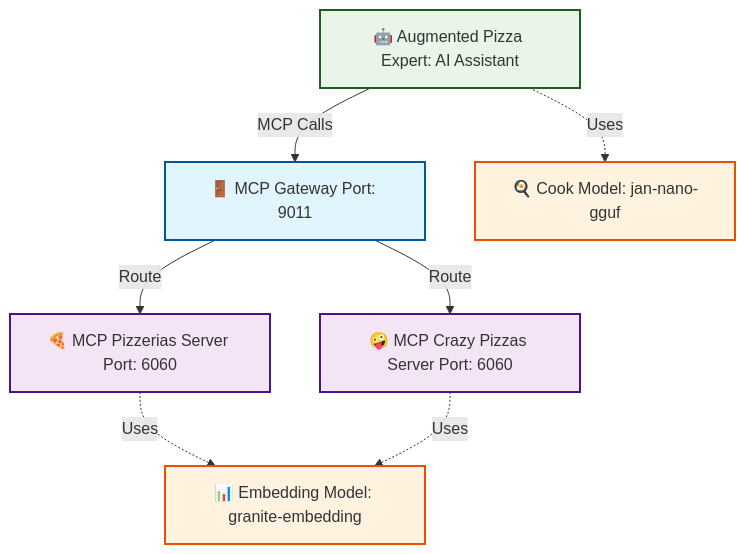
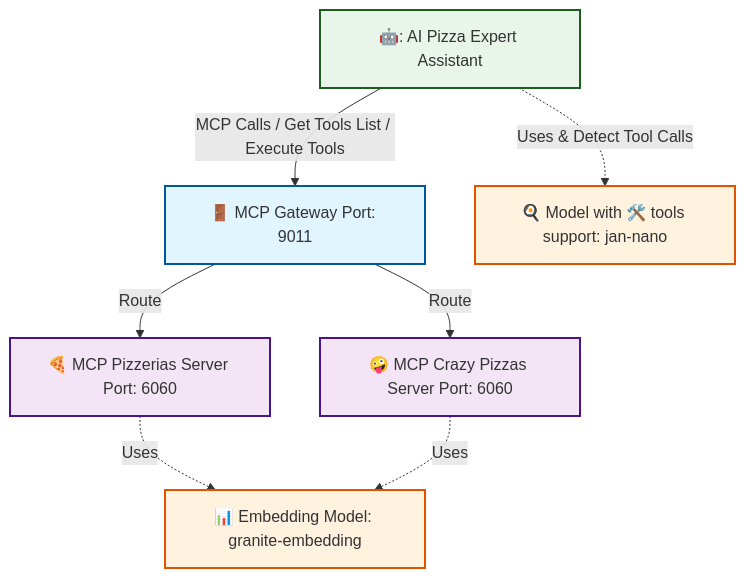
One commit to whales-collective/javacro-2025 changed the diagram in 09-pizza-expert-with-mcp-tools/004.pizza-expert-architecture.md. Above: the diagram before and after it, drawn with Mermaid. The commit also changed 2 other files, not shown here.

Commit message:
🛟 Updated: simplify tools part

```diff
--- a/09-pizza-expert-with-mcp-tools/004.pizza-expert-architecture.md
+++ b/09-pizza-expert-with-mcp-tools/004.pizza-expert-architecture.md
@@ -14,28 +14,28 @@
 <div class="mermaid">
 graph TB
-    BOB[🤖 Augmented Pizza Expert: AI Assistant]
+    BOB[🤖: AI Pizza Expert Assistant]
     GATEWAY[🚪 MCP Gateway Port: 9011]
     ALIGOT[🍕 MCP Pizzerias Server Port: 6060]
     TRUFFADE[🤪 MCP Crazy Pizzas Server Port: 6060]
-    COOK_MODEL[🍳 Cook Model: jan-nano-gguf]
+    COOK_MODEL[🍳 Model with 🛠️ tools support: jan-nano]
     EMBEDDING_MODEL[📊 Embedding Model: granite-embedding]
 
-    BOB -->|MCP Calls| GATEWAY
+    BOB -->|MCP Calls / Get Tools List / Execute Tools| GATEWAY
     GATEWAY -->|Route| ALIGOT
     GATEWAY -->|Route| TRUFFADE
 
-    BOB -.->|Uses| COOK_MODEL
+    BOB -.->|Uses & Detect Tool Calls| COOK_MODEL
     ALIGOT -.->|Uses| EMBEDDING_MODEL
     TRUFFADE -.->|Uses| EMBEDDING_MODEL
 
     %% Styles
     classDef assistant fill:#e8f5e8,stroke:#1b5e20,stroke-width:2px
     classDef gateway fill:#e1f5fe,stroke:#01579b,stroke-width:2px
     classDef mcpServer fill:#f3e5f5,stroke:#4a148c,stroke-width:2px
     classDef model fill:#fff3e0,stroke:#e65100,stroke-width:2px
 
     class BOB assistant
     class GATEWAY gateway
     class ALIGOT,TRUFFADE mcpServer
     class COOK_MODEL,EMBEDDING_MODEL model
 </div>
```
